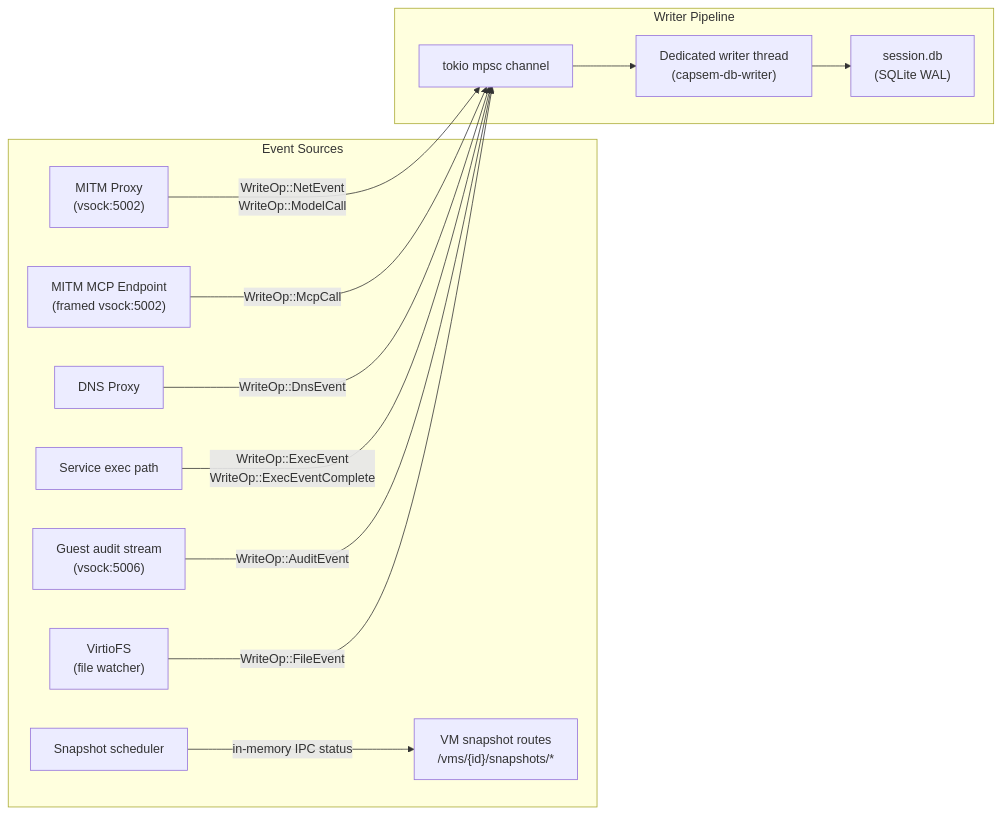
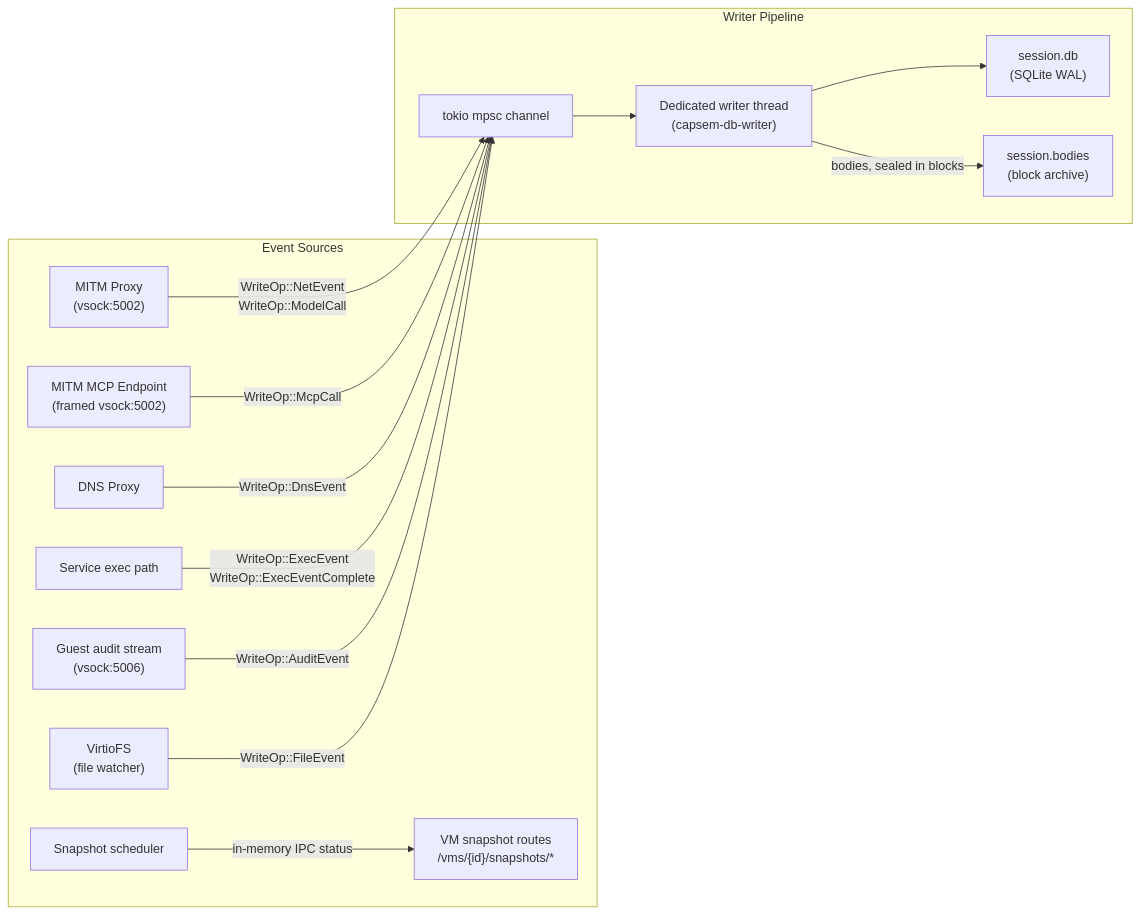
The third of 4 diagrams in web/docs/src/content/docs/architecture/session-telemetry.md (google/capsem), drawn with Mermaid before and after one commit. The commit also changed other lines of this file and 2 other files, not shown here.

````diff
--- a/web/docs/src/content/docs/architecture/session-telemetry.md
+++ b/web/docs/src/content/docs/architecture/session-telemetry.md
@@ -533,29 +582,31 @@
 ```mermaid
 graph LR
     subgraph "Event Sources"
         MITM["MITM Proxy<br/>(vsock:5002)"]
         MCP["MITM MCP Endpoint<br/>(framed vsock:5002)"]
         DNS["DNS Proxy"]
         EXEC["Service exec path"]
         AUDIT["Guest audit stream<br/>(vsock:5006)"]
         FS["VirtioFS<br/>(file watcher)"]
         SNAP["Snapshot scheduler"]
         SNAPAPI["VM snapshot routes<br/>/vms/{id}/snapshots/*"]
     end
 
     subgraph "Writer Pipeline"
         CH["tokio mpsc channel"]
         WT["Dedicated writer thread<br/>(capsem-db-writer)"]
         DB["session.db<br/>(SQLite WAL)"]
+        BODIES["session.bodies<br/>(block archive)"]
     end
 
     MITM -->|"WriteOp::NetEvent<br/>WriteOp::ModelCall"| CH
     MCP -->|"WriteOp::McpCall"| CH
     DNS -->|"WriteOp::DnsEvent"| CH
     EXEC -->|"WriteOp::ExecEvent<br/>WriteOp::ExecEventComplete"| CH
     AUDIT -->|"WriteOp::AuditEvent"| CH
     FS -->|"WriteOp::FileEvent"| CH
     SNAP -->|"in-memory IPC status"| SNAPAPI
     CH --> WT
     WT --> DB
+    WT -->|"bodies, sealed in blocks"| BODIES
 ```
````
